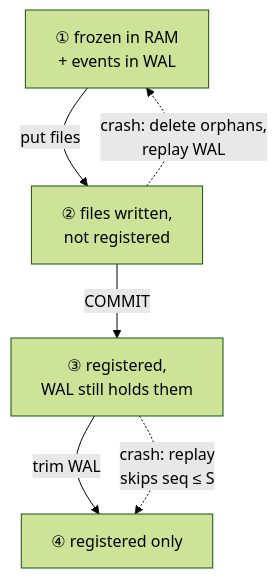
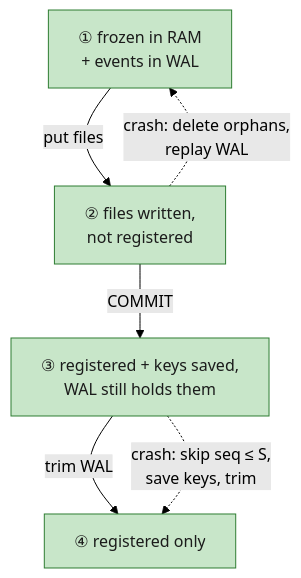
One commit to liukai/smithling changed the eighth of 10 diagrams in specs/002-m2-durable-storage-query-builder/starter-guide.md. Above: the diagram before and after it, drawn with Mermaid (forest theme). The commit also changed other lines of this file, not shown here.

````diff
--- a/specs/002-m2-durable-storage-query-builder/starter-guide.md
+++ b/specs/002-m2-durable-storage-query-builder/starter-guide.md
@@ -206,12 +266,15 @@
 ```mermaid
 flowchart TB
-    A["① frozen in RAM<br/>+ events in WAL"]
-    B["② files written,<br/>not registered"]
-    C["③ registered,<br/>WAL still holds them"]
-    D["④ registered only"]
+    A["① frozen in RAM<br/>+ events in WAL"]:::new
+    B["② files written,<br/>not registered"]:::new
+    C["③ registered + keys saved,<br/>WAL still holds them"]:::new
+    D["④ registered only"]:::new
     A -->|"put files"| B
     B -->|"COMMIT"| C
     C -->|"trim WAL"| D
     B -.->|"crash: delete orphans,<br/>replay WAL"| A
-    C -.->|"crash: replay<br/>skips seq ≤ S"| D
+    C -.->|"crash: skip seq ≤ S,<br/>save keys, trim"| D
+    classDef new fill:#c8e6c9,stroke:#2e7d32,color:#1b1b1b
+    classDef revised fill:#ffe0b2,stroke:#ef6c00,color:#1b1b1b
+    classDef old fill:#eeeeee,stroke:#9e9e9e,color:#1b1b1b
 ```
````
